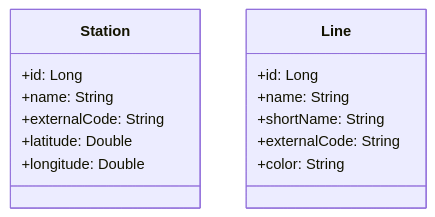
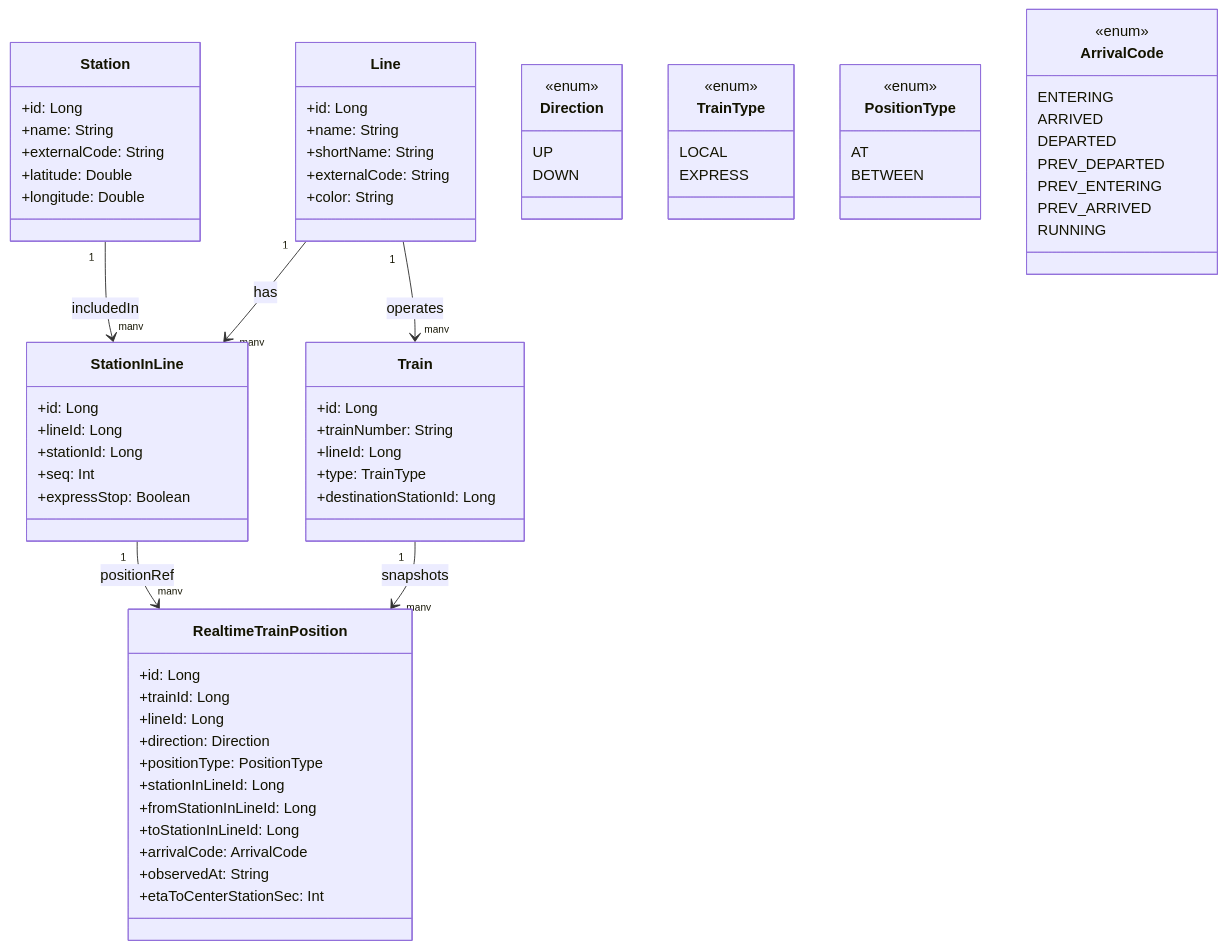
One commit to Monday-ISU/metroeye_backend changed the diagram in readme.md. Above: the diagram before and after it, drawn with Mermaid.

Commit message:
Update readme.md
update Diagram

````diff
--- a/readme.md
+++ b/readme.md
@@ -38,18 +38,80 @@
 ```mermaid
 classDiagram
      class Station {
           +id: Long
           +name: String
           +externalCode: String
           +latitude: Double
           +longitude: Double
         }
     
         class Line {
           +id: Long
           +name: String
           +shortName: String
           +externalCode: String
           +color: String
         }
+        class StationInLine {
+          +id: Long
+          +lineId: Long
+          +stationId: Long
+          +seq: Int
+          +expressStop: Boolean
+        }
+        
+        class Train {
+          +id: Long
+          +trainNumber: String
+          +lineId: Long
+          +type: TrainType
+          +destinationStationId: Long
+        }
+        class RealtimeTrainPosition {
+          +id: Long
+          +trainId: Long
+          +lineId: Long
+          +direction: Direction
+          +positionType: PositionType
+          +stationInLineId: Long
+          +fromStationInLineId: Long
+          +toStationInLineId: Long
+          +arrivalCode: ArrivalCode
+          +observedAt: String
+          +etaToCenterStationSec: Int
+        }
+        class Direction {
+          <<enum>>
+          UP
+          DOWN
+        }
+        
+        class TrainType {
+          <<enum>>
+          LOCAL
+          EXPRESS
+        }
+        
+        class PositionType {
+          <<enum>>
+          AT
+          BETWEEN
+        }
+        
+        class ArrivalCode {
+          <<enum>>
+          ENTERING
+          ARRIVED
+          DEPARTED
+          PREV_DEPARTED
+          PREV_ENTERING
+          PREV_ARRIVED
+          RUNNING
+        }
+        
+        Station "1" --> "many" StationInLine : includedIn
+        Line "1" --> "many" StationInLine : has
+        StationInLine "1" --> "many" RealtimeTrainPosition : positionRef
+        Line "1" --> "many" Train : operates
+        Train "1" --> "many" RealtimeTrainPosition : snapshots
 ```
````
